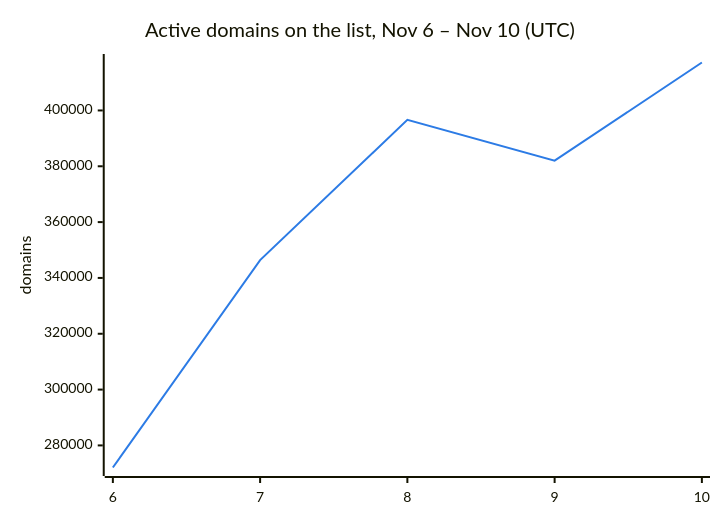
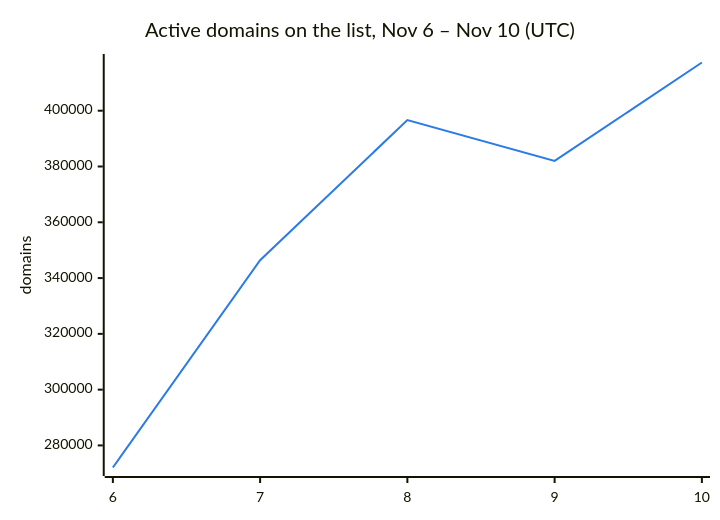
Before and after one commit to DNSBunker/CTI: the second of 3 diagrams in README.md, drawn with Mermaid. The commit also changed other lines of this file and 3 other files, not shown here.

````diff
--- a/README.md
+++ b/README.md
@@ -38,8 +38,8 @@
 ```mermaid
 %%{init: {"themeVariables": {"xyChart": {"plotColorPalette": "#2c7be5"}}}}%%
 xychart-beta
     title "Active domains on the list, Nov 6 – Nov 10 (UTC)"
     x-axis ["6", "7", "8", "9", "10"]
     y-axis "domains"
-    line [272088, 346388, 396638, 382009, 417177]
+    line [272088, 346388, 396638, 382009, 417285]
 ```
````
